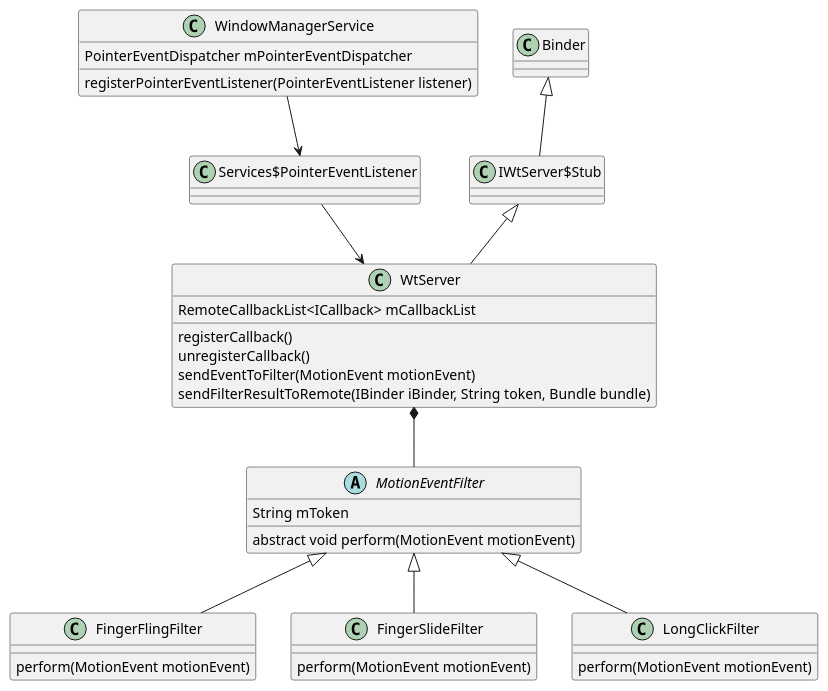
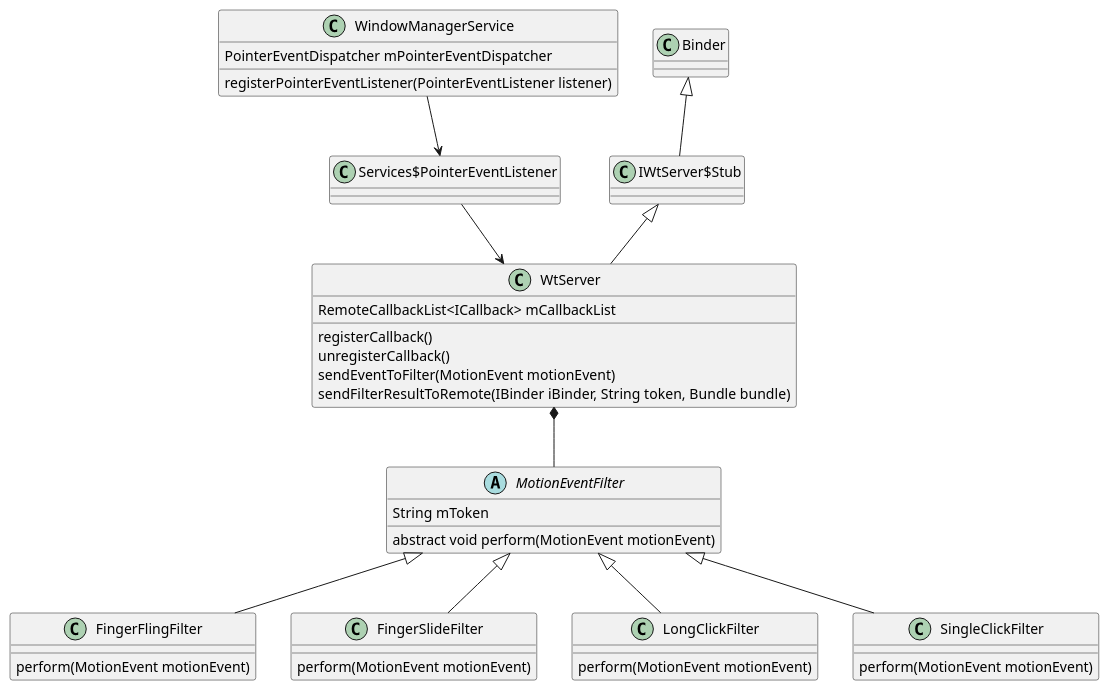
Before and after one commit to javalive09/CodeBag: the diagram in app/src/main/java/com/javalive09/demos/uml/gesture.puml, drawn with PlantUML. The commit also changed 16 other files, not shown here.

Commit message:
IssueID=00000001 Description=add uml

```diff
--- a/app/src/main/java/com/javalive09/demos/uml/gesture.puml
+++ b/app/src/main/java/com/javalive09/demos/uml/gesture.puml
@@ -1,55 +1,60 @@
 @startuml
 
 class WindowManagerService {
 PointerEventDispatcher mPointerEventDispatcher
 registerPointerEventListener(PointerEventListener listener)
 }
 
 class WtServer {
 RemoteCallbackList<ICallback> mCallbackList
 registerCallback()
 unregisterCallback()
 sendEventToFilter(MotionEvent motionEvent)
 sendFilterResultToRemote(IBinder iBinder, String token, Bundle bundle)
 
 }
 
 class IWtServer$Stub{
 }
 
 class Binder {
 
 }
 
 
 class Services$PointerEventListener {
 
 }
 
 abstract MotionEventFilter {
 String mToken
 abstract void perform(MotionEvent motionEvent)
 }
 
 class FingerFlingFilter {
 perform(MotionEvent motionEvent)
 }
 
 class FingerSlideFilter {
 perform(MotionEvent motionEvent)
 }
 
 class LongClickFilter {
 perform(MotionEvent motionEvent)
 }
 
+class SingleClickFilter {
+perform(MotionEvent motionEvent)
+}
+
 
 MotionEventFilter <|-- FingerFlingFilter
 MotionEventFilter <|-- FingerSlideFilter
 MotionEventFilter <|-- LongClickFilter
+MotionEventFilter <|-- SingleClickFilter
 IWtServer$Stub <|-- WtServer
 Binder <|-- IWtServer$Stub
 WtServer *-- MotionEventFilter
 WindowManagerService --> Services$PointerEventListener
 Services$PointerEventListener --> WtServer
 @enduml
```
